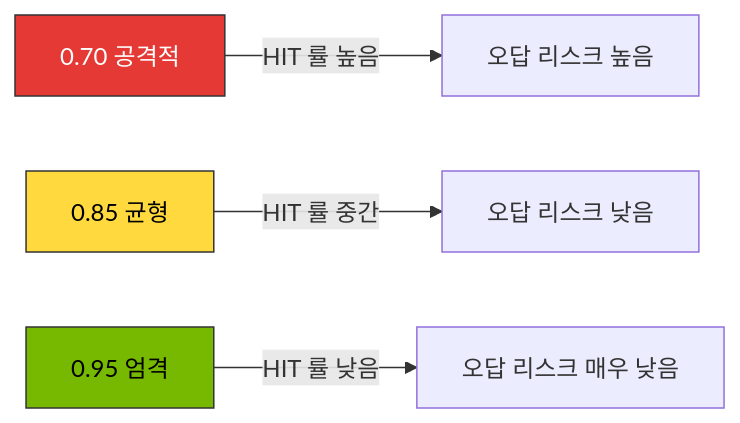
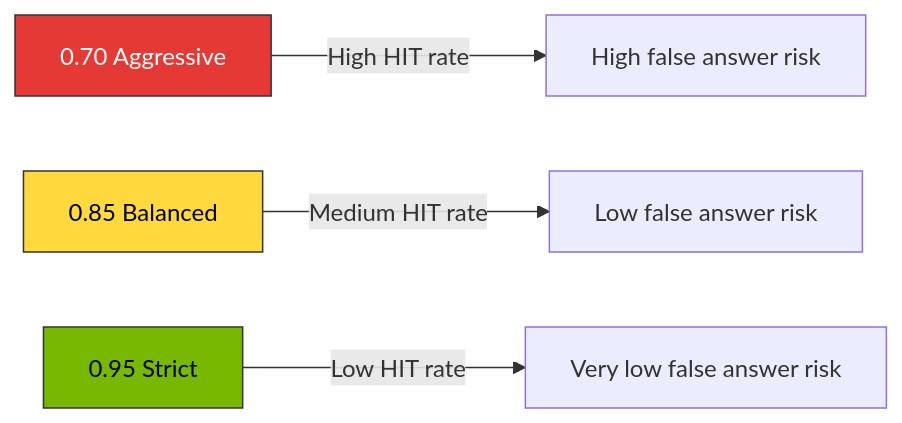
One commit to devfloor9/engineering-playbook changed the second of 2 diagrams in docs/agentic-ai-platform/model-serving/inference-optimization/semantic-caching-strategy.md. Above: the diagram before and after it, drawn with Mermaid. The commit also changed other lines of this file and 954 other files, not shown here.

````diff
--- a/docs/agentic-ai-platform/model-serving/inference-optimization/semantic-caching-strategy.md
+++ b/docs/agentic-ai-platform/model-serving/inference-optimization/semantic-caching-strategy.md
@@ -111,10 +111,10 @@
 ```mermaid
 graph LR
-    A[0.70 공격적] -->|HIT 률 높음| B[오답 리스크 높음]
-    C[0.85 균형] -->|HIT 률 중간| D[오답 리스크 낮음]
-    E[0.95 엄격] -->|HIT 률 낮음| F[오답 리스크 매우 낮음]
+    A[0.70 Aggressive] -->|High HIT rate| B[High false answer risk]
+    C[0.85 Balanced] -->|Medium HIT rate| D[Low false answer risk]
+    E[0.95 Strict] -->|Low HIT rate| F[Very low false answer risk]
 
     style A fill:#e53935,stroke:#333,color:#fff
     style C fill:#ffd93d,stroke:#333,color:#000
     style E fill:#76b900,stroke:#333,color:#000
 ```
````
